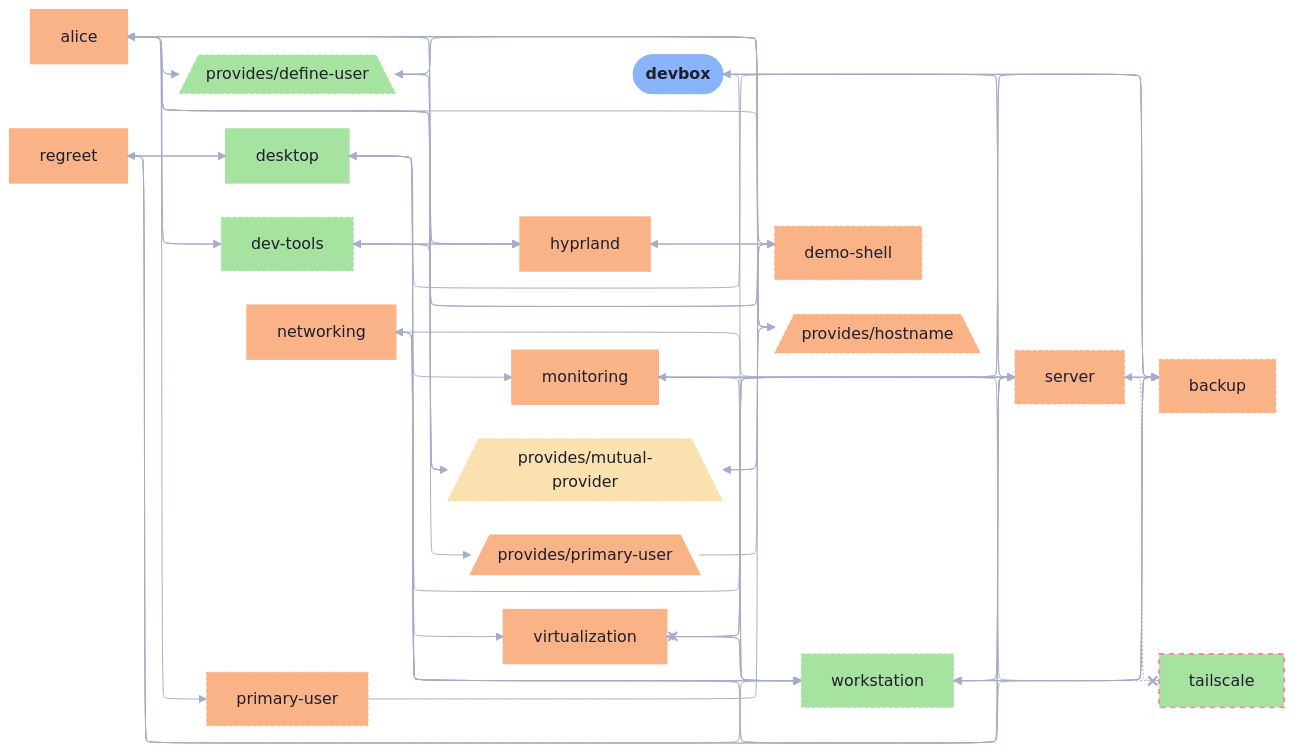
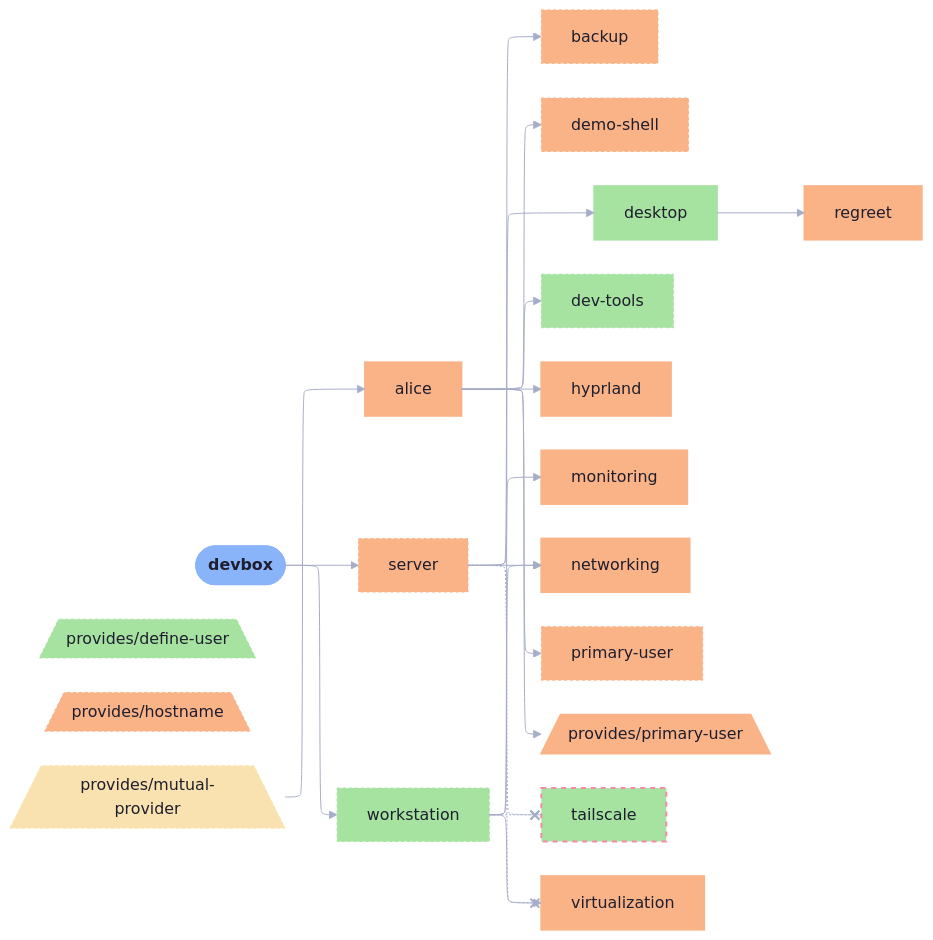
The diagram in templates/diag-fx-demo/diagrams/devbox-simple.md (sini/den), drawn with Mermaid before and after one commit. The commit also changed 849 other files, not shown here.

Commit message:
chore: update fx diagrams

```diff
--- a/templates/diag-fx-demo/diagrams/devbox-simple.md
+++ b/templates/diag-fx-demo/diagrams/devbox-simple.md
@@ -30,59 +30,12 @@
   alice --> hyprland
   alice --> primary_user
   alice --> den__provides__primary_user
-  alice --> den__provides__define_user
-  alice --> den__provides__hostname
-  alice --> den__provides__mutual_provider
-  backup --> server
-  backup --> workstation
-  den__provides__mutual_provider --> den__provides__define_user
-  den__provides__mutual_provider --> den__provides__hostname
   den__provides__mutual_provider --> alice
-  den__provides__hostname --> den__provides__define_user
-  den__provides__define_user --> den__provides__hostname
-  den__provides__define_user --> den__provides__mutual_provider
-  den__provides__hostname --> den__provides__mutual_provider
-  den__provides__define_user --> alice
-  den__provides__hostname --> alice
-  demo_shell --> hyprland
-  demo_shell --> alice
-  demo_shell --> dev_tools
-  den__provides__primary_user --> demo_shell
-  desktop --> backup
-  desktop --> server
-  desktop --> workstation
   desktop --> regreet
-  desktop --> virtualization
-  dev_tools --> alice
-  dev_tools --> demo_shell
-  dev_tools --> hyprland
-  devbox --> backup
   devbox --> server
   devbox --> workstation
-  monitoring --> backup
-  networking --> backup
-  regreet --> backup
+  server --> monitoring
   server --> backup
-  virtualization --> backup
-  workstation --> backup
-  monitoring --> server
-  networking --> server
-  regreet --> server
-  virtualization --> server
-  workstation --> server
-  monitoring --> workstation
-  networking --> workstation
-  regreet --> workstation
-  server --> workstation
-  virtualization --> workstation
-  hyprland --> dev_tools
-  hyprland --> alice
-  hyprland --> demo_shell
-  networking --> monitoring
-  primary_user --> demo_shell
-  regreet --> desktop
-  server --> monitoring
-  server --> devbox
   server -.-x virtualization
   server --> networking
   server -.-x tailscale
@@ -98,7 +51,7 @@
   classDef demo_shell_c fill:#fab387,stroke:#fab387,color:#1e1e2e,stroke-dasharray: 3 3,stroke-width:1px
   classDef desktop_c fill:#a6e3a1,stroke:#a6e3a1,color:#1e1e2e,stroke-width:2px
   classDef dev_tools_c fill:#a6e3a1,stroke:#a6e3a1,color:#1e1e2e,stroke-dasharray: 3 3,stroke-width:1px
-  classDef devbox_c fill:#a6e3a1,stroke:#a6e3a1,color:#1e1e2e,stroke-width:3px
+  classDef devbox_c fill:#a6e3a1,stroke:#a6e3a1,color:#1e1e2e,stroke-width:2px
   classDef den__provides__hostname_c fill:#fab387,stroke:#fab387,color:#1e1e2e,stroke-dasharray: 3 3,stroke-width:1px
   classDef hyprland_c fill:#fab387,stroke:#fab387,color:#1e1e2e,stroke-width:2px
   classDef monitoring_c fill:#fab387,stroke:#fab387,color:#1e1e2e,stroke-width:2px
```
